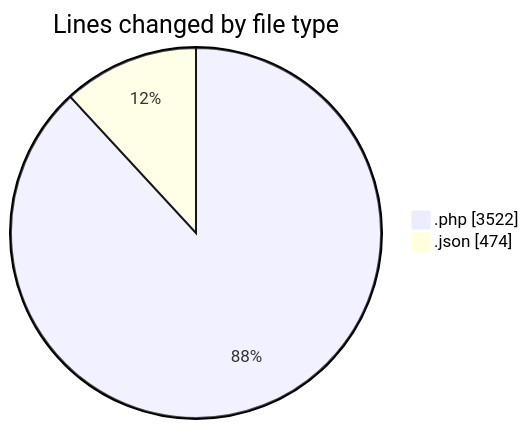
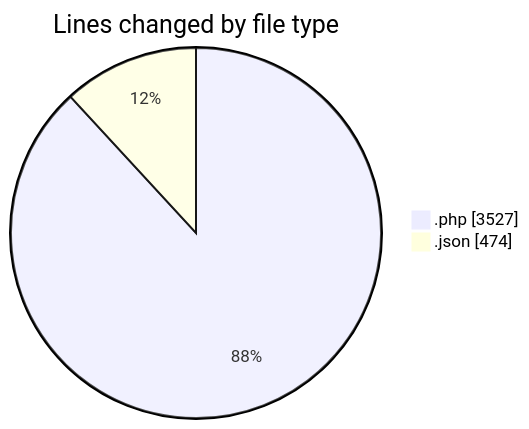
The first of 2 diagrams in 2025-06-22/studio-backend/README.md (idhammustaqopulfikri/code-tracking), drawn with Mermaid before and after one commit. The commit also changed other lines of this file and 1 other file, not shown here.

````diff
--- a/2025-06-22/studio-backend/README.md
+++ b/2025-06-22/studio-backend/README.md
@@ -30,6 +30,6 @@
 ```mermaid
 pie showData
 title Lines changed by file type
-".php" : 3522
+".php" : 3527
 ".json" : 474
 ```
````
